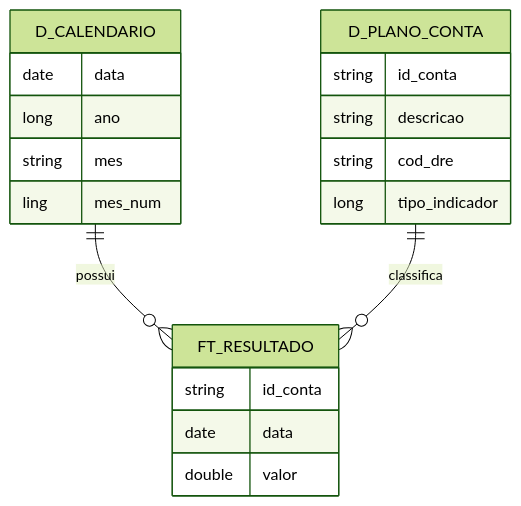
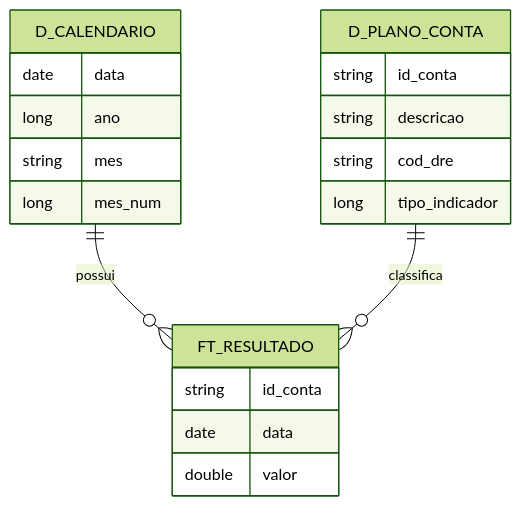
The diagram in notebooks/gold/README.md (rsdiniz-data/financial-statement-analytics-platform), drawn with Mermaid (forest theme) before and after one commit.

````diff
--- a/notebooks/gold/README.md
+++ b/notebooks/gold/README.md
@@ -119,26 +119,26 @@
 ```mermaid
 erDiagram
 
     D_CALENDARIO ||--o{ FT_RESULTADO : possui
     D_PLANO_CONTA ||--o{ FT_RESULTADO : classifica
 
     D_CALENDARIO {
         date data
         long ano
         string mes
-        ling mes_num
+        long mes_num
     }
 
     D_PLANO_CONTA {
         string id_conta
         string descricao
         string cod_dre
         long tipo_indicador
     }
 
     FT_RESULTADO {
         string id_conta
         date data
         double valor
     }
 ```
````
